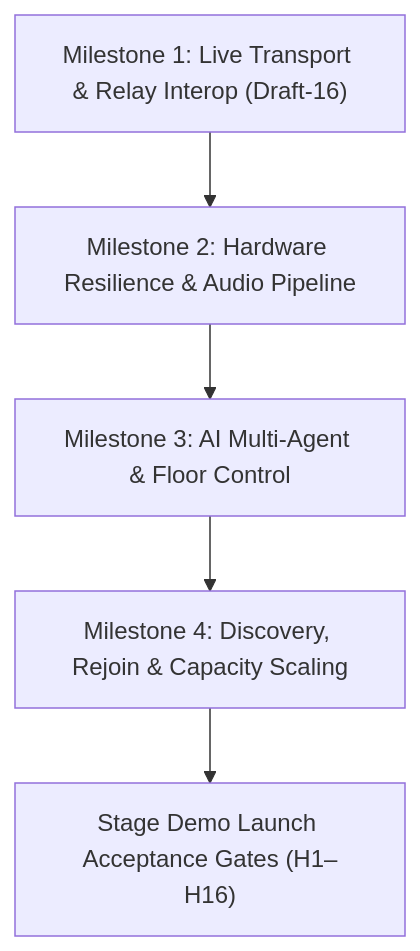
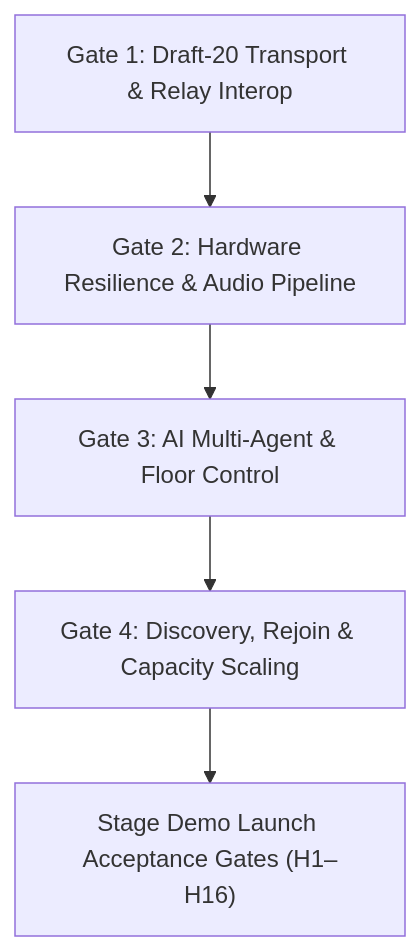
Before and after one commit to mccann-stuart/real-fabric: the second of 2 diagrams in PRODUCT_SPEC_v1-demo_1.md, drawn with Mermaid. The commit also changed other lines of this file and 15 other files, not shown here.

````diff
--- a/PRODUCT_SPEC_v1-demo_1.md
+++ b/PRODUCT_SPEC_v1-demo_1.md
@@ -584,7 +597,7 @@
 ```mermaid
 flowchart TD
-    M1["Milestone 1: Live Transport & Relay Interop (Draft-16)"] --> M2["Milestone 2: Hardware Resilience & Audio Pipeline"]
-    M2 --> M3["Milestone 3: AI Multi-Agent & Floor Control"]
-    M3 --> M4["Milestone 4: Discovery, Rejoin & Capacity Scaling"]
+    M1["Gate 1: Draft-20 Transport & Relay Interop"] --> M2["Gate 2: Hardware Resilience & Audio Pipeline"]
+    M2 --> M3["Gate 3: AI Multi-Agent & Floor Control"]
+    M3 --> M4["Gate 4: Discovery, Rejoin & Capacity Scaling"]
     M4 --> GATES["Stage Demo Launch Acceptance Gates (H1–H16)"]
 ```
````
